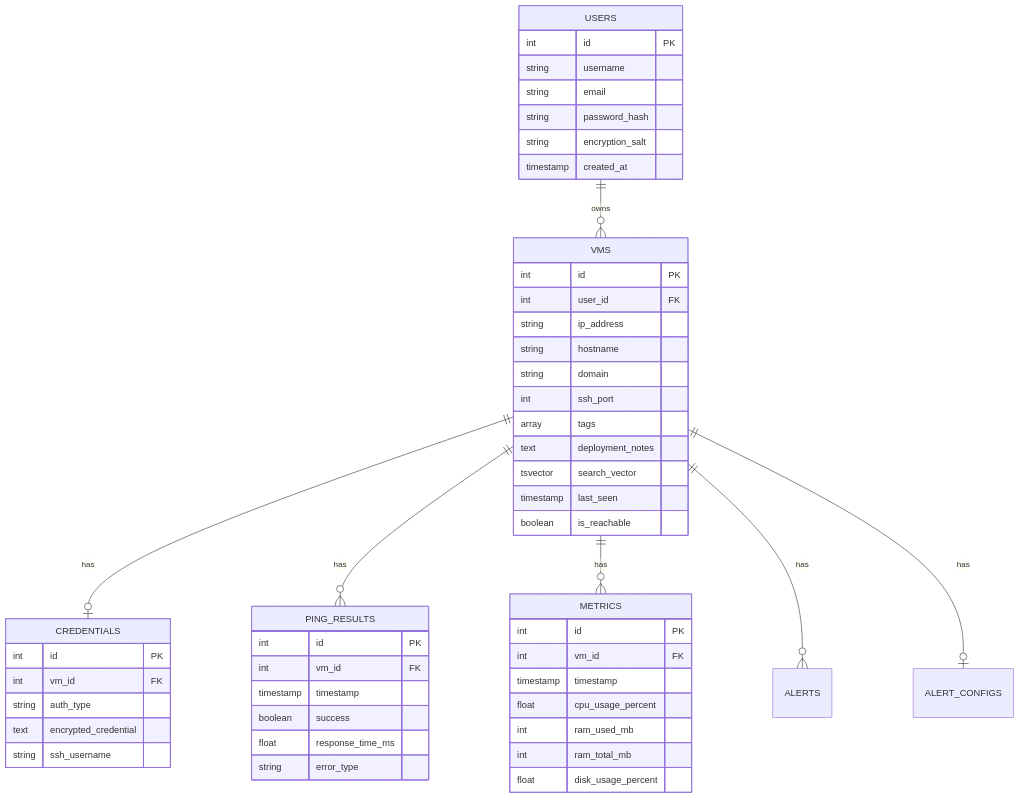
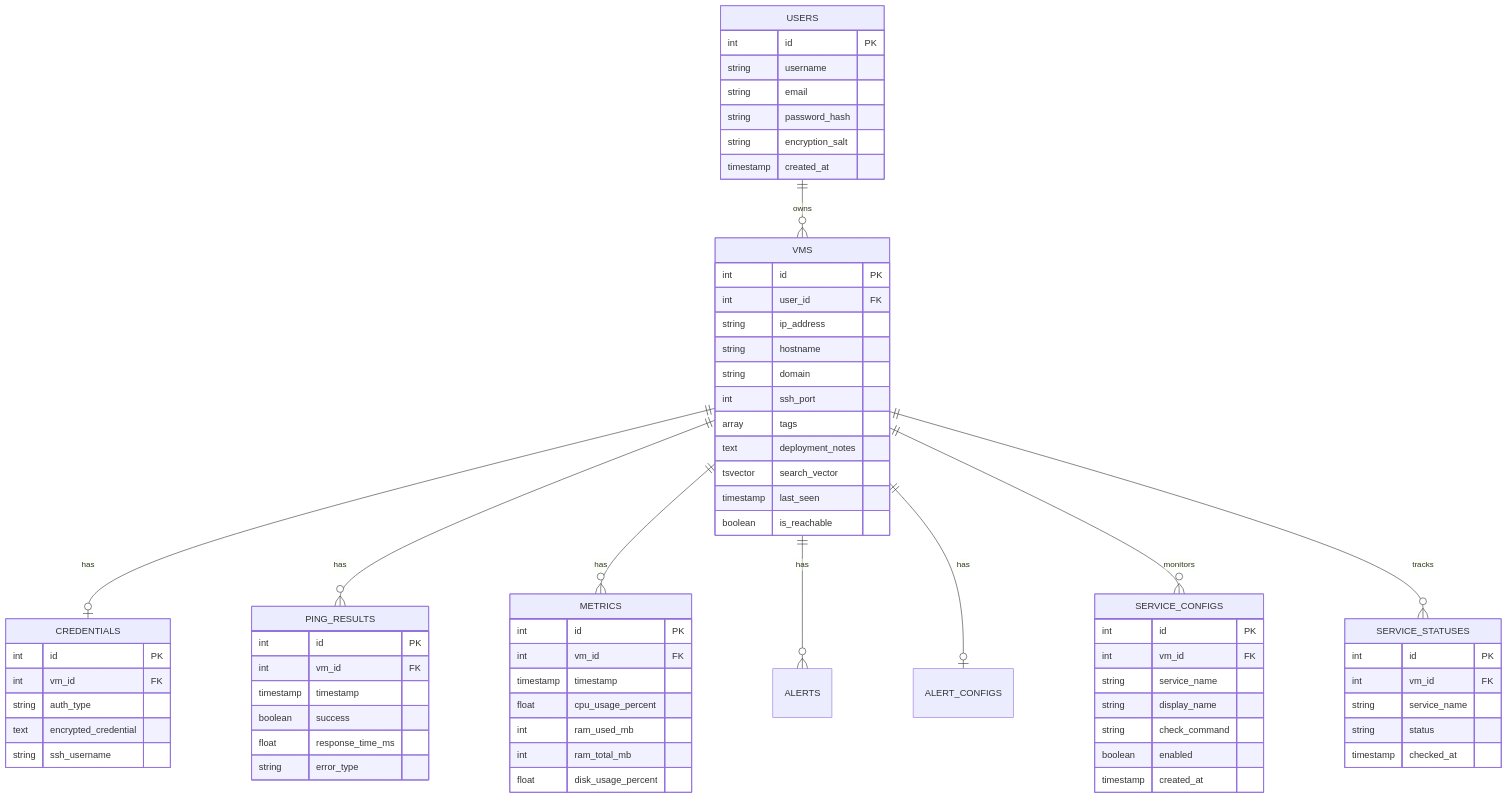
One commit to vedantchimote/VMLedger changed the diagram in docs/architecture/database.mdx. Above: the diagram before and after it, drawn with Mermaid. The commit also changed other lines of this file and 3 other files, not shown here.

Commit message:
docs(architecture): enhance architecture docs with Mermaid flowcharts

````diff
--- a/docs/architecture/database.mdx
+++ b/docs/architecture/database.mdx
@@ -13,59 +13,79 @@
 ```mermaid
 erDiagram
     USERS ||--o{ VMS : owns
     VMS ||--o| CREDENTIALS : has
     VMS ||--o{ PING_RESULTS : has
     VMS ||--o{ METRICS : has
     VMS ||--o{ ALERTS : has
     VMS ||--o| ALERT_CONFIGS : has
+    VMS ||--o{ SERVICE_CONFIGS : monitors
+    VMS ||--o{ SERVICE_STATUSES : tracks
     
     USERS {
         int id PK
         string username
         string email
         string password_hash
         string encryption_salt
         timestamp created_at
     }
     
     VMS {
         int id PK
         int user_id FK
         string ip_address
         string hostname
         string domain
         int ssh_port
         array tags
         text deployment_notes
         tsvector search_vector
         timestamp last_seen
         boolean is_reachable
     }
     
     CREDENTIALS {
         int id PK
         int vm_id FK
         string auth_type
         text encrypted_credential
         string ssh_username
     }
     
     PING_RESULTS {
         int id PK
         int vm_id FK
         timestamp timestamp
         boolean success
         float response_time_ms
         string error_type
     }
     
     METRICS {
         int id PK
         int vm_id FK
         timestamp timestamp
         float cpu_usage_percent
         int ram_used_mb
         int ram_total_mb
         float disk_usage_percent
     }
+
+    SERVICE_CONFIGS {
+        int id PK
+        int vm_id FK
+        string service_name
+        string display_name
+        string check_command
+        boolean enabled
+        timestamp created_at
+    }
+
+    SERVICE_STATUSES {
+        int id PK
+        int vm_id FK
+        string service_name
+        string status
+        timestamp checked_at
+    }
 ```
````
